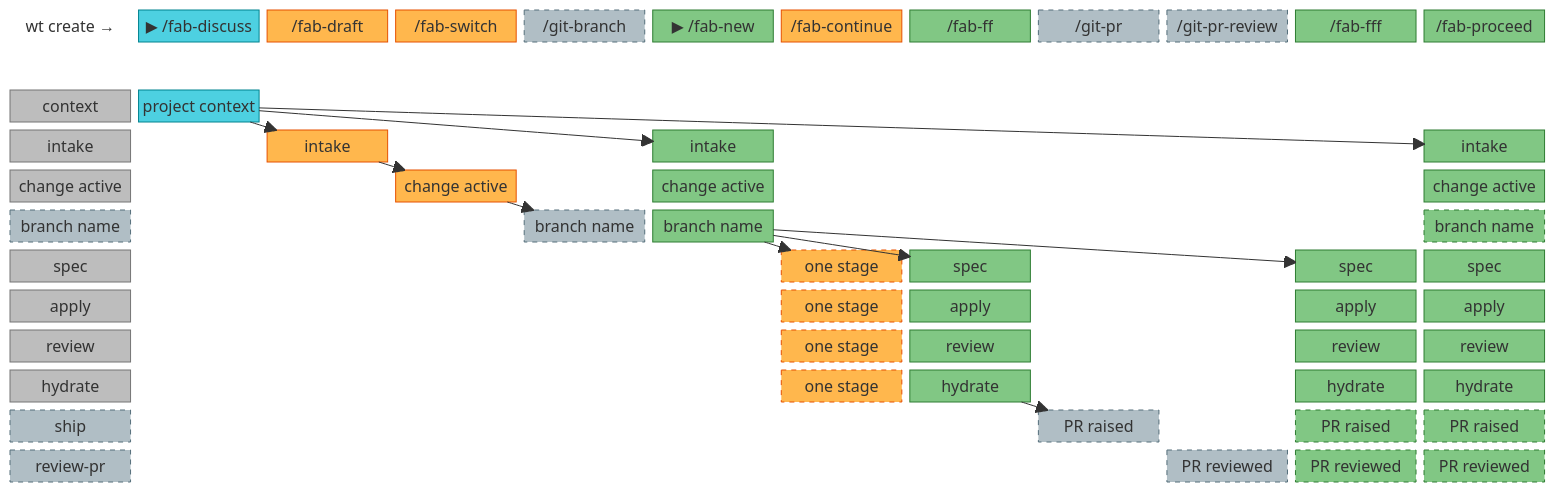
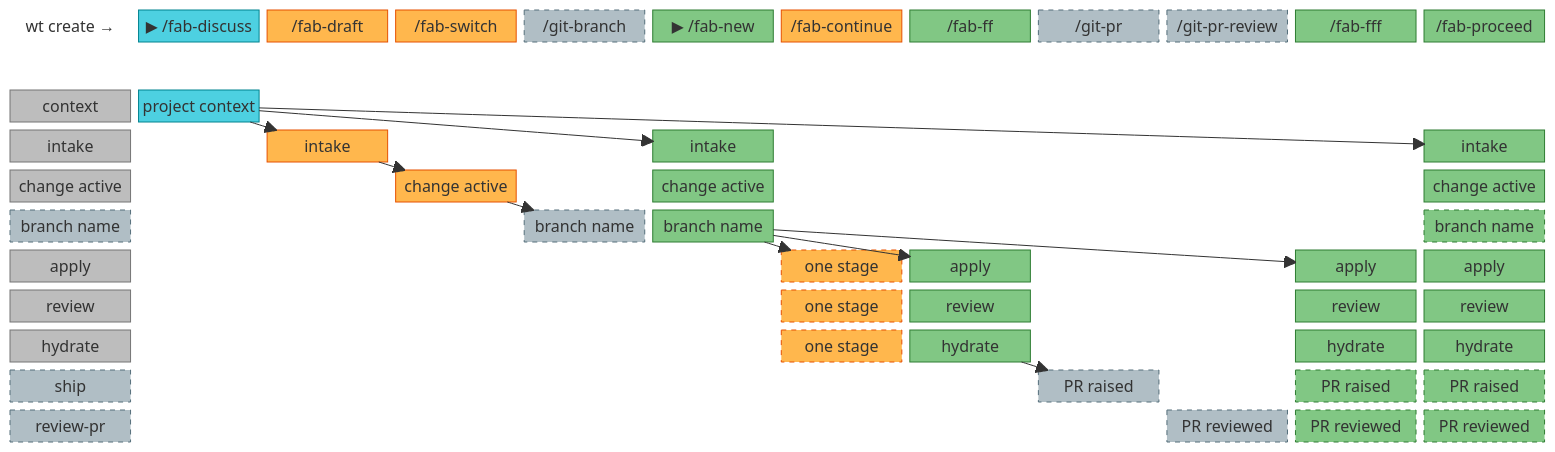
The second of 2 diagrams in README.md (sahil87/fab-kit), drawn with Mermaid before and after one commit. The commit also changed other lines of this file and 8 other files, not shown here.

```diff
--- a/README.md
+++ b/README.md
@@ -488,7 +481,6 @@
     row_intake["intake"]:1 space:1 draft_intake["intake"]:1 space:2 new_intake["intake"]:1 space:5 proceed_intake["intake"]:1 space:1
     row_active["change active"]:1 space:2 switch_active["change active"]:1 space:1 new_active["change active"]:1 space:5 proceed_active["change active"]:1 space:1
     row_branch["branch name"]:1 space:3 branch_branch["branch name"]:1 new_branch["branch name"]:1 space:5 proceed_branch["branch name"]:1 space:1
-    row_spec["spec"]:1 space:5 cont_spec["one stage"]:1 ff_spec["spec"]:1 space:2 fff_spec["spec"]:1 proceed_spec["spec"]:1 space:1
     row_apply["apply"]:1 space:5 cont_apply["one stage"]:1 ff_apply["apply"]:1 space:2 fff_apply["apply"]:1 proceed_apply["apply"]:1 space:1
     row_review["review"]:1 space:5 cont_review["one stage"]:1 ff_review["review"]:1 space:2 fff_review["review"]:1 proceed_review["review"]:1 space:1
     row_hydrate["hydrate"]:1 space:5 cont_hydrate["one stage"]:1 ff_hydrate["hydrate"]:1 space:2 fff_hydrate["hydrate"]:1 proceed_hydrate["hydrate"]:1 space:1
@@ -501,9 +493,9 @@
     discuss_ctx --> proceed_intake
     draft_intake --> switch_active
     switch_active --> branch_branch
-    new_branch --> cont_spec
-    new_branch --> ff_spec
-    new_branch --> fff_spec
+    new_branch --> cont_apply
+    new_branch --> ff_apply
+    new_branch --> fff_apply
     ff_hydrate --> gitpr_ship
 
     %% Header styles
@@ -525,7 +517,6 @@
     style row_intake fill:#bdbdbd,stroke:#757575,color:#1a1a1a
     style row_active fill:#bdbdbd,stroke:#757575,color:#1a1a1a
     style row_branch fill:#b0bec5,stroke:#546e7a,color:#1a1a1a,stroke-dasharray: 5 5
-    style row_spec fill:#bdbdbd,stroke:#757575,color:#1a1a1a
     style row_apply fill:#bdbdbd,stroke:#757575,color:#1a1a1a
     style row_review fill:#bdbdbd,stroke:#757575,color:#1a1a1a
     style row_hydrate fill:#bdbdbd,stroke:#757575,color:#1a1a1a
@@ -550,13 +541,11 @@
     style branch_branch fill:#b0bec5,stroke:#546e7a,color:#1a1a1a,stroke-dasharray: 5 5
 
     %% fab-continue (Stage advance — amber)
-    style cont_spec fill:#ffb74d,stroke:#E65100,color:#1a1a1a,stroke-dasharray: 5 5
     style cont_apply fill:#ffb74d,stroke:#E65100,color:#1a1a1a,stroke-dasharray: 5 5
     style cont_review fill:#ffb74d,stroke:#E65100,color:#1a1a1a,stroke-dasharray: 5 5
     style cont_hydrate fill:#ffb74d,stroke:#E65100,color:#1a1a1a,stroke-dasharray: 5 5
 
     %% fab-ff (Automation — green)
-    style ff_spec fill:#81c784,stroke:#2E7D32,color:#1a1a1a
     style ff_apply fill:#81c784,stroke:#2E7D32,color:#1a1a1a
     style ff_review fill:#81c784,stroke:#2E7D32,color:#1a1a1a
     style ff_hydrate fill:#81c784,stroke:#2E7D32,color:#1a1a1a
@@ -568,7 +557,6 @@
     style gitprreview_prreview fill:#b0bec5,stroke:#546e7a,color:#1a1a1a,stroke-dasharray: 5 5
 
     %% fab-fff (Automation — green)
-    style fff_spec fill:#81c784,stroke:#2E7D32,color:#1a1a1a
     style fff_apply fill:#81c784,stroke:#2E7D32,color:#1a1a1a
     style fff_review fill:#81c784,stroke:#2E7D32,color:#1a1a1a
     style fff_hydrate fill:#81c784,stroke:#2E7D32,color:#1a1a1a
@@ -579,7 +567,6 @@
     style proceed_active fill:#81c784,stroke:#2E7D32,color:#1a1a1a
     style proceed_intake fill:#81c784,stroke:#2E7D32,color:#1a1a1a
     style proceed_branch fill:#81c784,stroke:#2E7D32,color:#1a1a1a,stroke-dasharray: 5 5
-    style proceed_spec fill:#81c784,stroke:#2E7D32,color:#1a1a1a
     style proceed_apply fill:#81c784,stroke:#2E7D32,color:#1a1a1a
     style proceed_review fill:#81c784,stroke:#2E7D32,color:#1a1a1a
     style proceed_hydrate fill:#81c784,stroke:#2E7D32,color:#1a1a1a
```
